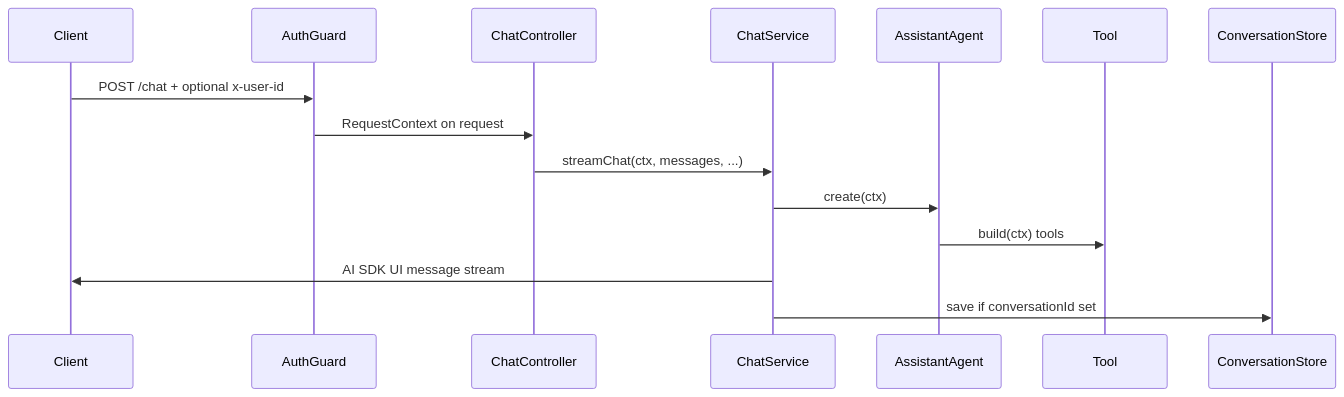
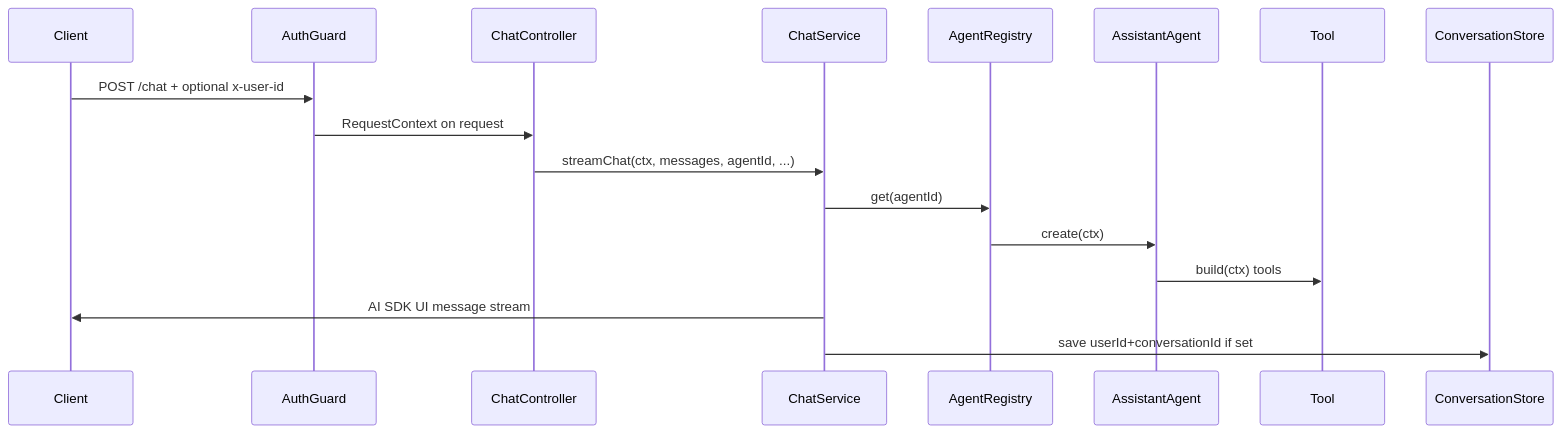
The diagram in docs/lessons/01-project-structure.md (pguso/nestjs-agents-starter), drawn with Mermaid before and after one commit. The commit also changed other lines of this file and 41 other files, not shown here.

````diff
--- a/docs/lessons/01-project-structure.md
+++ b/docs/lessons/01-project-structure.md
@@ -38,18 +42,20 @@
 ```mermaid
 sequenceDiagram
   participant Client
   participant AuthGuard
   participant ChatController
   participant ChatService
+  participant AgentRegistry
   participant AssistantAgent
   participant Tool
   participant ConversationStore
 
   Client->>AuthGuard: POST /chat + optional x-user-id
   AuthGuard->>ChatController: RequestContext on request
-  ChatController->>ChatService: streamChat(ctx, messages, ...)
-  ChatService->>AssistantAgent: create(ctx)
+  ChatController->>ChatService: streamChat(ctx, messages, agentId, ...)
+  ChatService->>AgentRegistry: get(agentId)
+  AgentRegistry->>AssistantAgent: create(ctx)
   AssistantAgent->>Tool: build(ctx) tools
   ChatService->>Client: AI SDK UI message stream
-  ChatService->>ConversationStore: save if conversationId set
+  ChatService->>ConversationStore: save userId+conversationId if set
 ```
````
